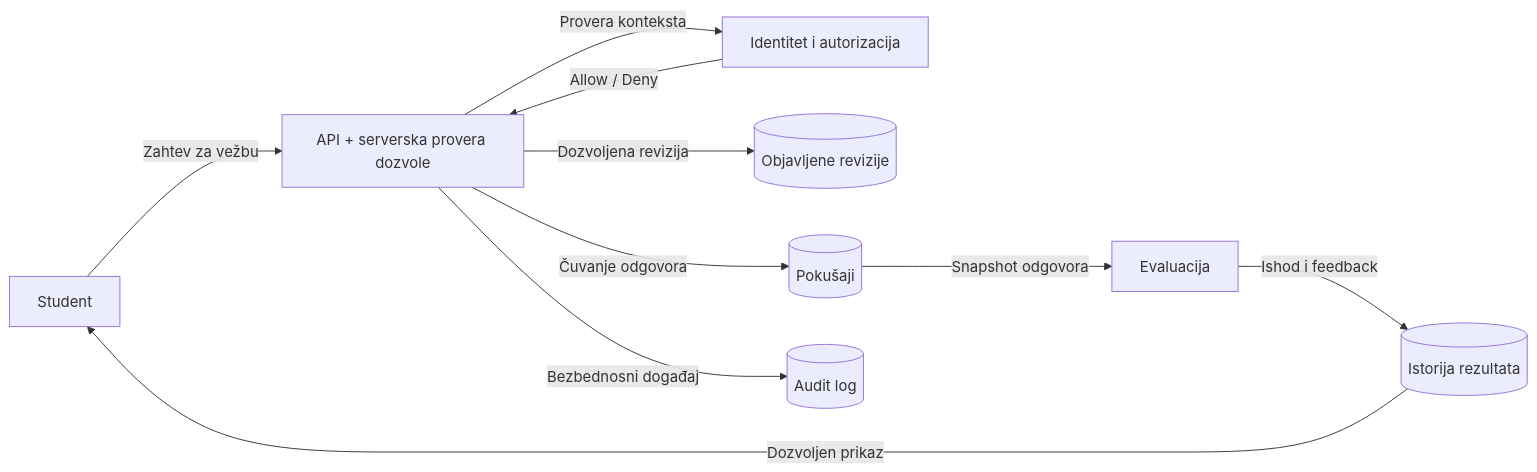
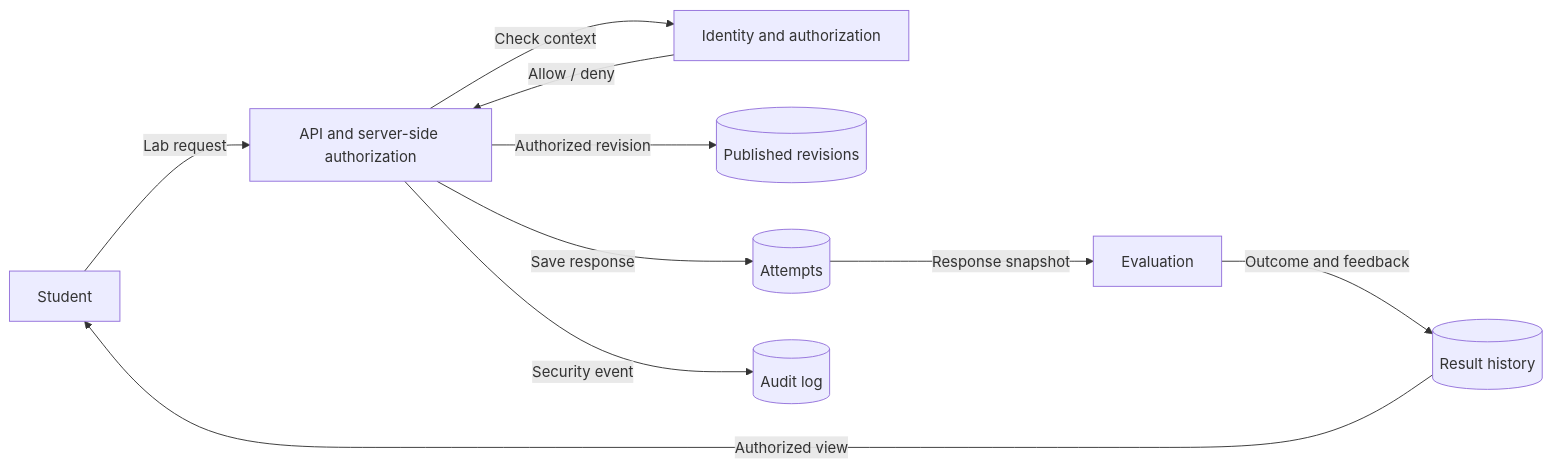
One commit to owlCoder/scutum changed the diagram in docs/TOK_PODATAKA.md. Above: the diagram before and after it, drawn with Mermaid. The commit also changed other lines of this file and 14 other files, not shown here.

````diff
--- a/docs/TOK_PODATAKA.md
+++ b/docs/TOK_PODATAKA.md
@@ -5,12 +5,12 @@
 ```mermaid
 flowchart LR
-  Student[Student] -->|Zahtev za vežbu| API[API + serverska provera dozvole]
-  API -->|Provera konteksta| Access[Identitet i autorizacija]
-  Access -->|Allow / Deny| API
-  API -->|Dozvoljena revizija| Catalog[(Objavljene revizije)]
-  API -->|Čuvanje odgovora| Attempt[(Pokušaji)]
-  Attempt -->|Snapshot odgovora| Eval[Evaluacija]
-  Eval -->|Ishod i feedback| Result[(Istorija rezultata)]
-  API -->|Bezbednosni događaj| Audit[(Audit log)]
-  Result -->|Dozvoljen prikaz| Student
+  Student[Student] -->|Lab request| API[API and server-side authorization]
+  API -->|Check context| Access[Identity and authorization]
+  Access -->|Allow / deny| API
+  API -->|Authorized revision| Catalog[(Published revisions)]
+  API -->|Save response| Attempt[(Attempts)]
+  Attempt -->|Response snapshot| Eval[Evaluation]
+  Eval -->|Outcome and feedback| Result[(Result history)]
+  API -->|Security event| Audit[(Audit log)]
+  Result -->|Authorized view| Student
 ```
````
